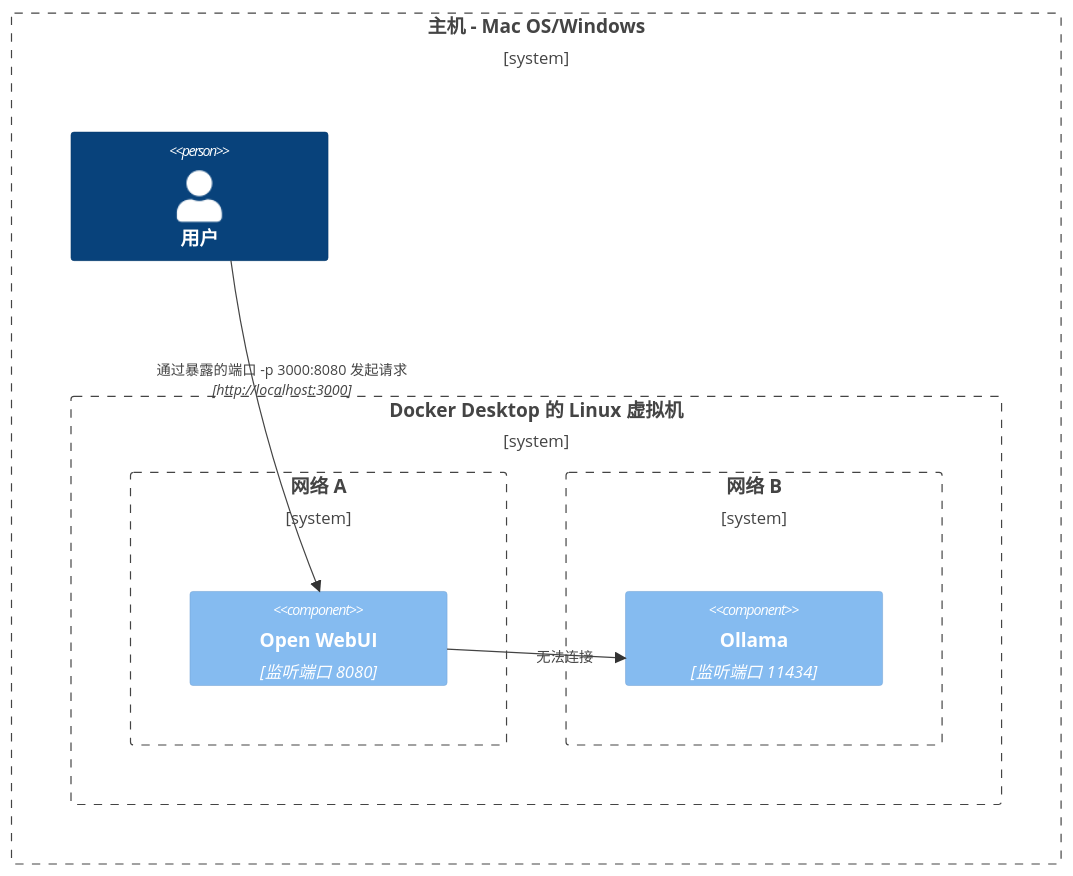
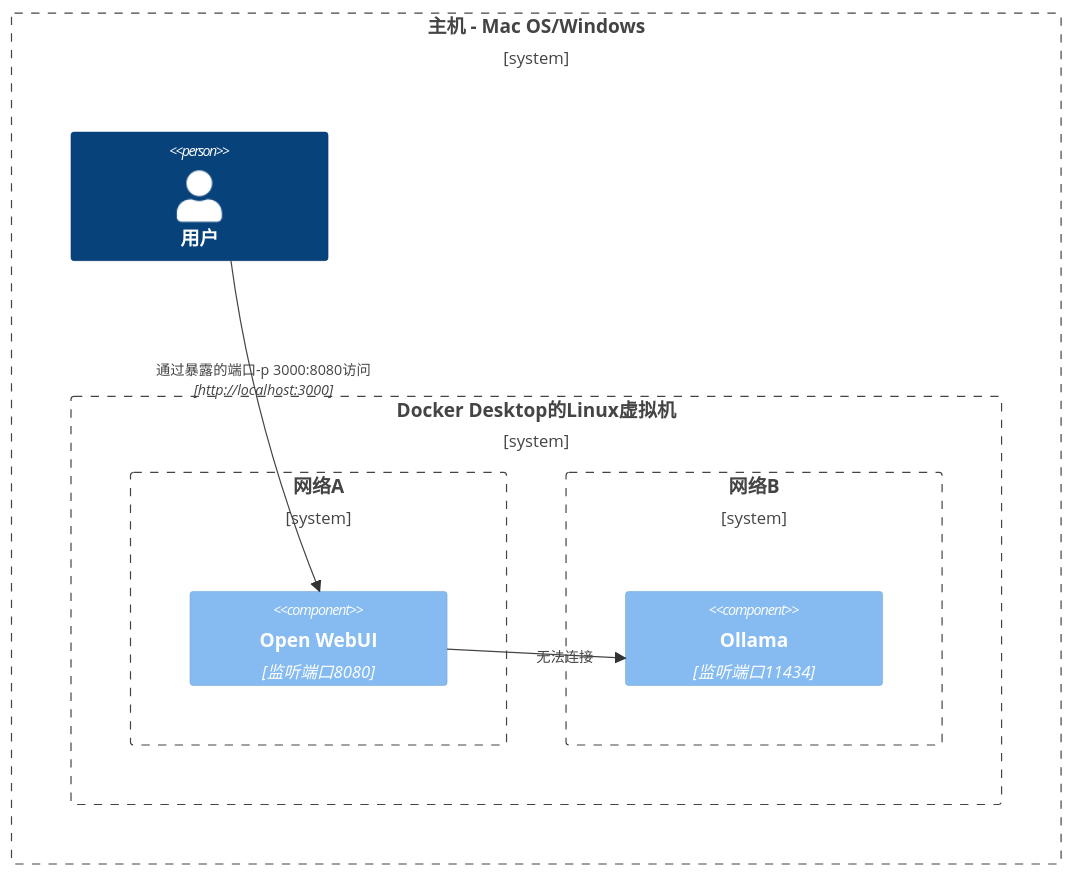
One commit to LazyG9/openwebui-doc-zh changed the third of 8 diagrams in docs/troubleshooting/network-diagrams.mdx. Above: the diagram before and after it, drawn with Mermaid. The commit also changed other lines of this file and 11 other files, not shown here.

````diff
--- a/docs/troubleshooting/network-diagrams.mdx
+++ b/docs/troubleshooting/network-diagrams.mdx
@@ -52,17 +52,17 @@
 ```mermaid
 C4Context
 Boundary(b0, "主机 - Mac OS/Windows") {
    Person(user, "用户")
-   Boundary(b1, "Docker Desktop 的 Linux 虚拟机") {
-      Boundary(b2, "网络 A") {
-         Component(openwebui, "Open WebUI", "监听端口 8080")
+   Boundary(b1, "Docker Desktop的Linux虚拟机") {
+      Boundary(b2, "网络A") {
+         Component(openwebui, "Open WebUI", "监听端口8080")
       }
-      Boundary(b3, "网络 B") {
-         Component(ollama, "Ollama", "监听端口 11434")
+      Boundary(b3, "网络B") {
+         Component(ollama, "Ollama", "监听端口11434")
       }
    }
 }
 Rel(openwebui, ollama, "无法连接")
-Rel(user, openwebui, "通过暴露的端口 -p 3000:8080 发起请求", "http://localhost:3000")
+Rel(user, openwebui, "通过暴露的端口-p 3000:8080访问", "http://localhost:3000")
 UpdateRelStyle(user, openwebui, $offsetX="-100", $offsetY="-50")
 ```
````
